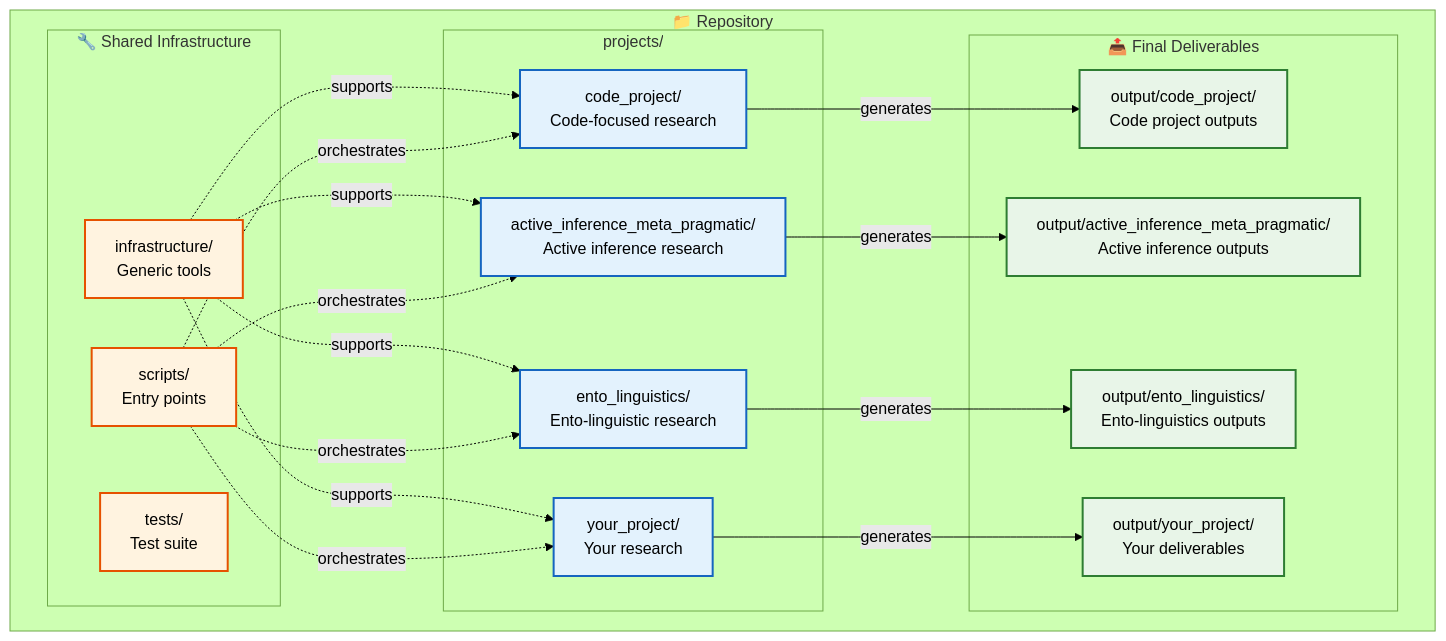
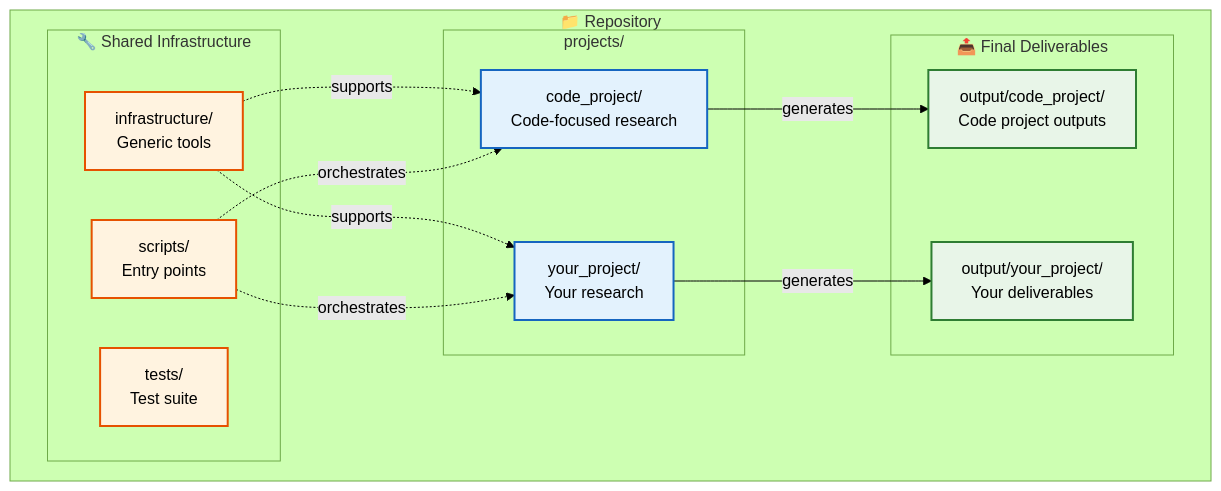
Before and after one commit to docxology/template: the third of 14 diagrams in README.md, drawn with Mermaid (forest theme). The commit also changed other lines of this file and 1217 other files, not shown here.

````diff
--- a/README.md
+++ b/README.md
@@ -233,47 +233,37 @@
 ```mermaid
 graph TB
     subgraph Repository["📁 Repository"]
         subgraph Projects["projects/"]
             P1[code_project/<br/>Code-focused research]
-            P2[active_inference_meta_pragmatic/<br/>Active inference research]
-            P3[ento_linguistics/<br/>Ento-linguistic research]
             PN[your_project/<br/>Your research]
         end
 
         subgraph Shared["🔧 Shared Infrastructure"]
             INFRA[infrastructure/<br/>Generic tools]
             SCRIPTS[scripts/<br/>Entry points]
             TESTS[tests/<br/>Test suite]
         end
 
         subgraph Output["📤 Final Deliverables"]
             OUT1[output/code_project/<br/>Code project outputs]
-            OUT2[output/active_inference_meta_pragmatic/<br/>Active inference outputs]
-            OUT3[output/ento_linguistics/<br/>Ento-linguistics outputs]
             OUTN[output/your_project/<br/>Your deliverables]
         end
     end
 
     P1 -->|generates| OUT1
-    P2 -->|generates| OUT2
-    P3 -->|generates| OUT3
     PN -->|generates| OUTN
 
     INFRA -.->|supports| P1
-    INFRA -.->|supports| P2
-    INFRA -.->|supports| P3
     INFRA -.->|supports| PN
 
     SCRIPTS -.->|orchestrates| P1
-    SCRIPTS -.->|orchestrates| P2
-    SCRIPTS -.->|orchestrates| P3
     SCRIPTS -.->|orchestrates| PN
 
     classDef project fill:#e3f2fd,stroke:#1565c0,stroke-width:2px
     classDef shared fill:#fff3e0,stroke:#e65100,stroke-width:2px
     classDef output fill:#e8f5e8,stroke:#2e7d32,stroke-width:2px
 
-    class P1,P2,P3,PN project
+    class P1,PN project
     class INFRA,SCRIPTS,TESTS shared
-    class OUT1,OUT2,OUT3,OUTN output
+    class OUT1,OUTN output
 ```
````
